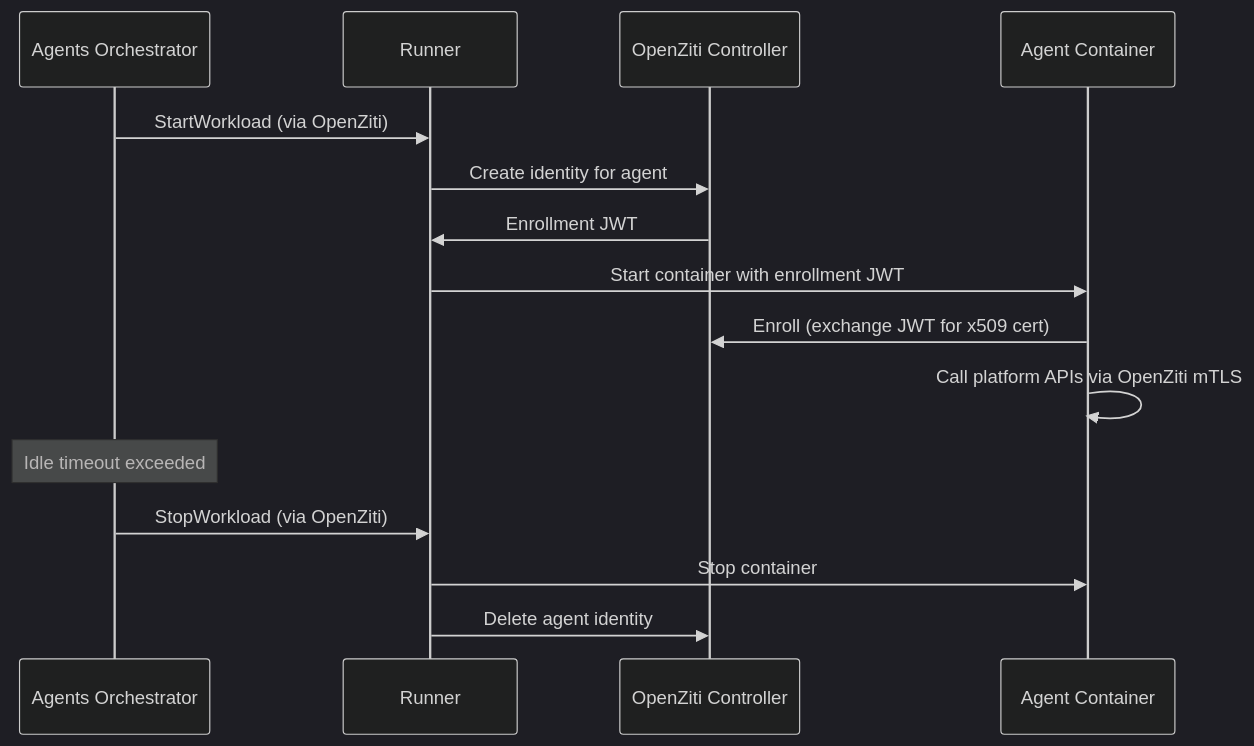
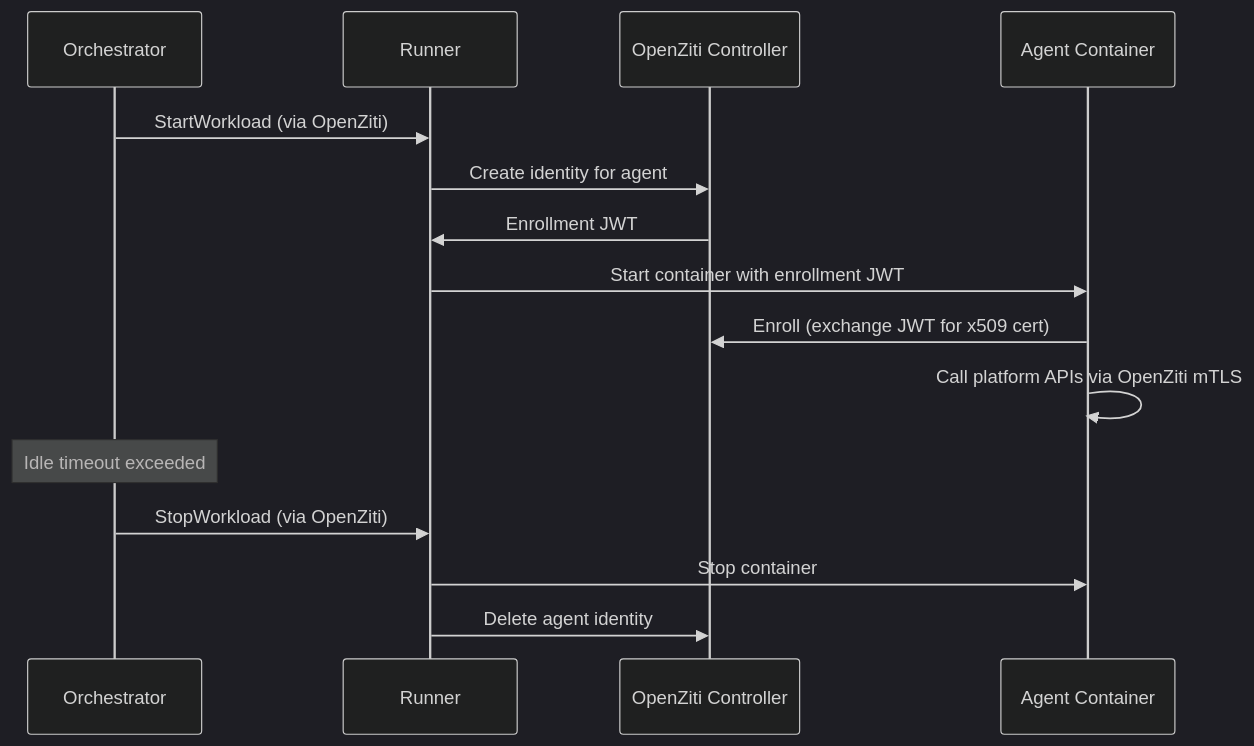
Before and after one commit to agynio/architecture: the third of 4 diagrams in architecture/authn.md, drawn with Mermaid (dark theme). The commit also changed other lines of this file and 12 other files, not shown here.

````diff
--- a/architecture/authn.md
+++ b/architecture/authn.md
@@ -94,19 +94,19 @@
 ```mermaid
 sequenceDiagram
-    participant O as Agents Orchestrator
+    participant O as Orchestrator
     participant R as Runner
     participant ZC as OpenZiti Controller
     participant A as Agent Container
 
     O->>R: StartWorkload (via OpenZiti)
     R->>ZC: Create identity for agent
     ZC->>R: Enrollment JWT
     R->>A: Start container with enrollment JWT
     A->>ZC: Enroll (exchange JWT for x509 cert)
     A->>A: Call platform APIs via OpenZiti mTLS
 
     Note over O: Idle timeout exceeded
     O->>R: StopWorkload (via OpenZiti)
     R->>A: Stop container
     R->>ZC: Delete agent identity
 ```
````
